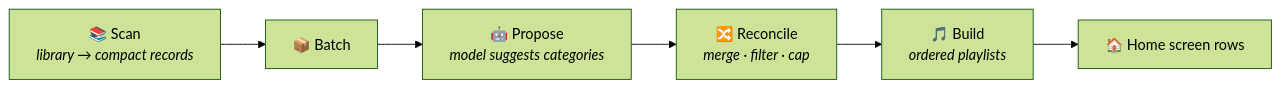
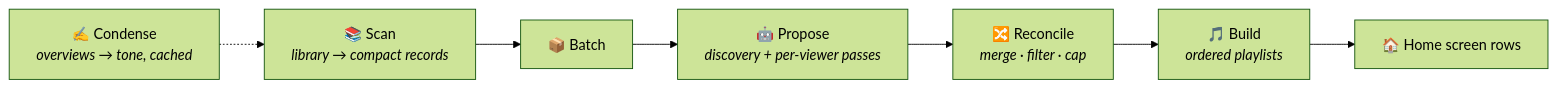
One commit to nitramivel/jellyfin-curator changed the diagram in README.md. Above: the diagram before and after it, drawn with Mermaid (forest theme). The commit also changed other lines of this file and 27 other files, not shown here.

First line of the commit message:
Per-profile thinking, model-ranked recommendations, and stop failing quietly

````diff
--- a/README.md
+++ b/README.md
@@ -35,8 +35,9 @@
 ```mermaid
 flowchart LR
     A["📚 Scan<br/><i>library → compact records</i>"] --> B["📦 Batch"]
-    B --> C["🤖 Propose<br/><i>model suggests categories</i>"]
+    B --> C["🤖 Propose<br/><i>discovery + per-viewer passes</i>"]
     C --> D["🔀 Reconcile<br/><i>merge · filter · cap</i>"]
     D --> E["🎵 Build<br/><i>ordered playlists</i>"]
     E --> F["🏠 Home screen rows"]
+    S["✍️ Condense<br/><i>overviews → tone, cached</i>"] -.-> A
 ```
````
